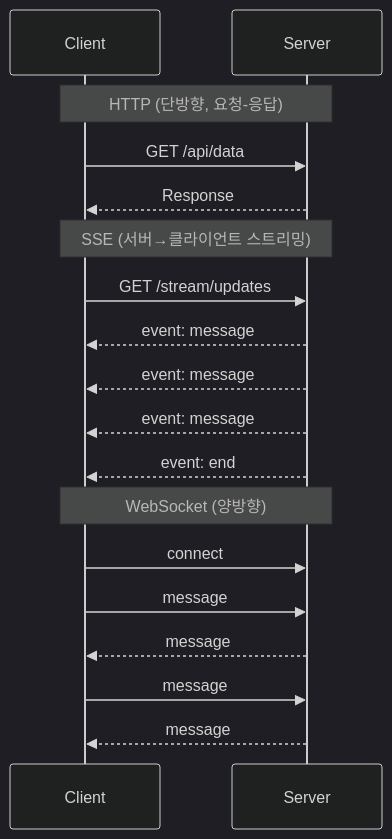
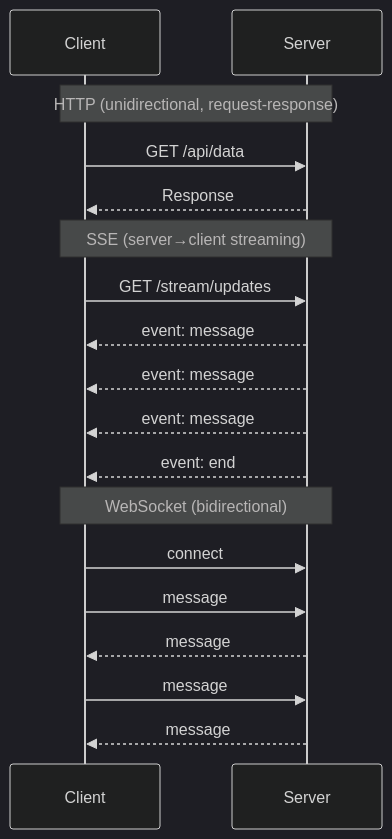
Before and after one commit to cartanova-ai/sonamu: the first of 2 diagrams in modules/docs/en/advanced-features/sse/sse-setup.mdx, drawn with Mermaid (dark theme). The commit also changed other lines of this file and 86 other files, not shown here.

````diff
--- a/modules/docs/en/advanced-features/sse/sse-setup.mdx
+++ b/modules/docs/en/advanced-features/sse/sse-setup.mdx
@@ -14,23 +14,23 @@
 ```mermaid
 sequenceDiagram
     participant C as Client
     participant S as Server
 
-    Note over C,S: HTTP (단방향, 요청-응답)
+    Note over C,S: HTTP (unidirectional, request-response)
     C->>S: GET /api/data
     S-->>C: Response
-    
-    Note over C,S: SSE (서버→클라이언트 스트리밍)
+
+    Note over C,S: SSE (server→client streaming)
     C->>S: GET /stream/updates
     S-->>C: event: message
     S-->>C: event: message
     S-->>C: event: message
     S-->>C: event: end
-    
-    Note over C,S: WebSocket (양방향)
+
+    Note over C,S: WebSocket (bidirectional)
     C->>S: connect
     C->>S: message
     S-->>C: message
     C->>S: message
     S-->>C: message
 ```
````
